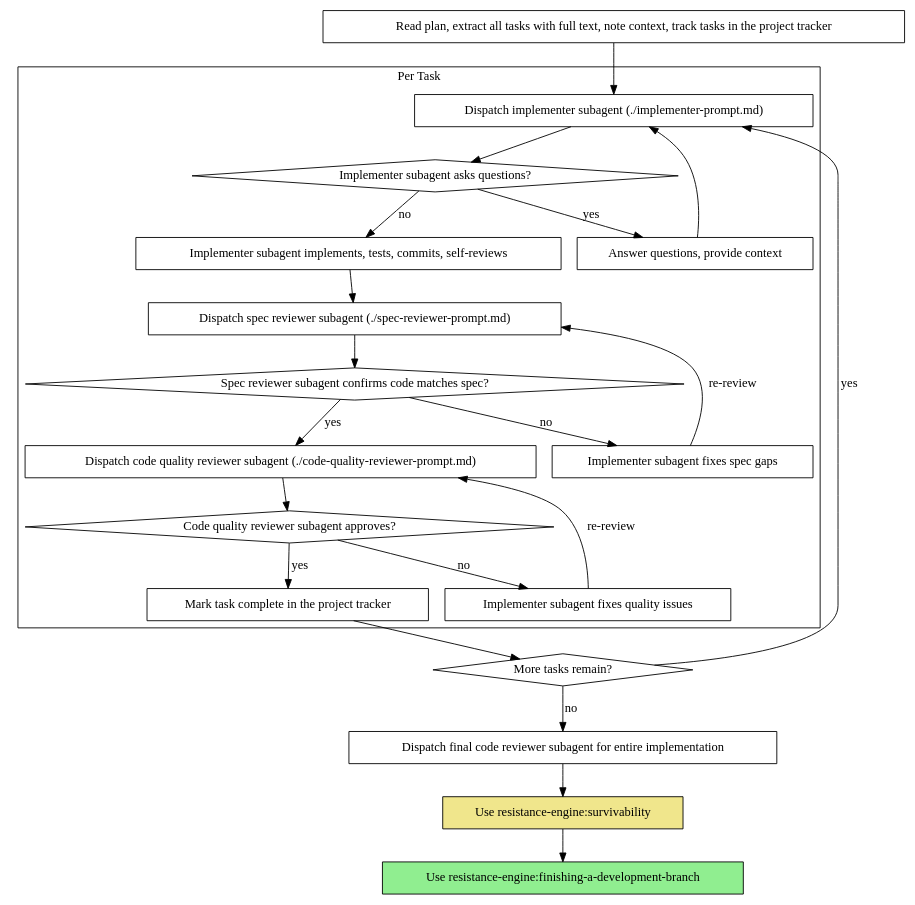
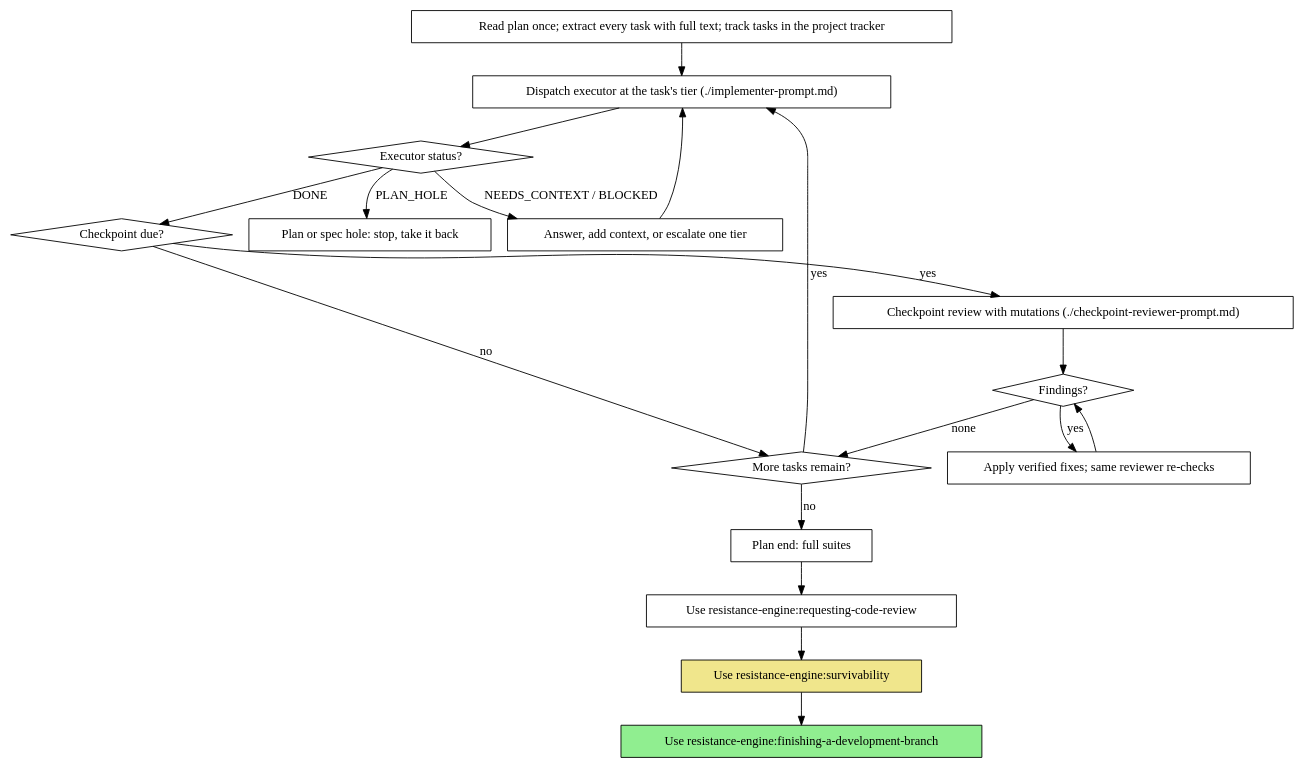
One commit to Itzalive/resistance-ai changed the second of 2 diagrams in skills/subagent-driven-development/SKILL.md. Above: the diagram before and after it, drawn with Graphviz. The commit also changed other lines of this file and 8 other files, not shown here.

````diff
--- a/skills/subagent-driven-development/SKILL.md
+++ b/skills/subagent-driven-development/SKILL.md
@@ -42,46 +54,38 @@
 ```dot
 digraph process {
     rankdir=TB;
 
-    subgraph cluster_per_task {
-        label="Per Task";
-        "Dispatch implementer subagent (./implementer-prompt.md)" [shape=box];
-        "Implementer subagent asks questions?" [shape=diamond];
-        "Answer questions, provide context" [shape=box];
-        "Implementer subagent implements, tests, commits, self-reviews" [shape=box];
-        "Dispatch spec reviewer subagent (./spec-reviewer-prompt.md)" [shape=box];
-        "Spec reviewer subagent confirms code matches spec?" [shape=diamond];
-        "Implementer subagent fixes spec gaps" [shape=box];
-        "Dispatch code quality reviewer subagent (./code-quality-reviewer-prompt.md)" [shape=box];
-        "Code quality reviewer subagent approves?" [shape=diamond];
-        "Implementer subagent fixes quality issues" [shape=box];
-        "Mark task complete in the project tracker" [shape=box];
-    }
-
-    "Read plan, extract all tasks with full text, note context, track tasks in the project tracker" [shape=box];
+    "Read plan once; extract every task with full text; track tasks in the project tracker" [shape=box];
+    "Dispatch executor at the task's tier (./implementer-prompt.md)" [shape=box];
+    "Executor status?" [shape=diamond];
+    "Answer, add context, or escalate one tier" [shape=box];
+    "Plan or spec hole: stop, take it back" [shape=box];
+    "Checkpoint due?" [shape=diamond];
+    "Checkpoint review with mutations (./checkpoint-reviewer-prompt.md)" [shape=box];
+    "Findings?" [shape=diamond];
+    "Apply verified fixes; same reviewer re-checks" [shape=box];
     "More tasks remain?" [shape=diamond];
-    "Dispatch final code reviewer subagent for entire implementation" [shape=box];
+    "Plan end: full suites" [shape=box];
+    "Use resistance-engine:requesting-code-review" [shape=box];
     "Use resistance-engine:survivability" [shape=box style=filled fillcolor=khaki];
     "Use resistance-engine:finishing-a-development-branch" [shape=box style=filled fillcolor=lightgreen];
 
-    "Read plan, extract all tasks with full text, note context, track tasks in the project tracker" -> "Dispatch implementer subagent (./implementer-prompt.md)";
-    "Dispatch implementer subagent (./implementer-prompt.md)" -> "Implementer subagent asks questions?";
-    "Implementer subagent asks questions?" -> "Answer questions, provide context" [label="yes"];
-    "Answer questions, provide context" -> "Dispatch implementer subagent (./implementer-prompt.md)";
-    "Implementer subagent asks questions?" -> "Implementer subagent implements, tests, commits, self-reviews" [label="no"];
-    "Implementer subagent implements, tests, commits, self-reviews" -> "Dispatch spec reviewer subagent (./spec-reviewer-prompt.md)";
-    "Dispatch spec reviewer subagent (./spec-reviewer-prompt.md)" -> "Spec reviewer subagent confirms code matches spec?";
-    "Spec reviewer subagent confirms code matches spec?" -> "Implementer subagent fixes spec gaps" [label="no"];
-    "Implementer subagent fixes spec gaps" -> "Dispatch spec reviewer subagent (./spec-reviewer-prompt.md)" [label="re-review"];
-    "Spec reviewer subagent confirms code matches spec?" -> "Dispatch code quality reviewer subagent (./code-quality-reviewer-prompt.md)" [label="yes"];
-    "Dispatch code quality reviewer subagent (./code-quality-reviewer-prompt.md)" -> "Code quality reviewer subagent approves?";
-    "Code quality reviewer subagent approves?" -> "Implementer subagent fixes quality issues" [label="no"];
-    "Implementer subagent fixes quality issues" -> "Dispatch code quality reviewer subagent (./code-quality-reviewer-prompt.md)" [label="re-review"];
-    "Code quality reviewer subagent approves?" -> "Mark task complete in the project tracker" [label="yes"];
-    "Mark task complete in the project tracker" -> "More tasks remain?";
-    "More tasks remain?" -> "Dispatch implementer subagent (./implementer-prompt.md)" [label="yes"];
-    "More tasks remain?" -> "Dispatch final code reviewer subagent for entire implementation" [label="no"];
-    "Dispatch final code reviewer subagent for entire implementation" -> "Use resistance-engine:survivability";
+    "Read plan once; extract every task with full text; track tasks in the project tracker" -> "Dispatch executor at the task's tier (./implementer-prompt.md)";
+    "Dispatch executor at the task's tier (./implementer-prompt.md)" -> "Executor status?";
+    "Executor status?" -> "Answer, add context, or escalate one tier" [label="NEEDS_CONTEXT / BLOCKED"];
+    "Answer, add context, or escalate one tier" -> "Dispatch executor at the task's tier (./implementer-prompt.md)";
+    "Executor status?" -> "Plan or spec hole: stop, take it back" [label="PLAN_HOLE"];
+    "Executor status?" -> "Checkpoint due?" [label="DONE"];
+    "Checkpoint due?" -> "Checkpoint review with mutations (./checkpoint-reviewer-prompt.md)" [label="yes"];
+    "Checkpoint due?" -> "More tasks remain?" [label="no"];
+    "Checkpoint review with mutations (./checkpoint-reviewer-prompt.md)" -> "Findings?";
+    "Findings?" -> "Apply verified fixes; same reviewer re-checks" [label="yes"];
+    "Apply verified fixes; same reviewer re-checks" -> "Findings?";
+    "Findings?" -> "More tasks remain?" [label="none"];
+    "More tasks remain?" -> "Dispatch executor at the task's tier (./implementer-prompt.md)" [label="yes"];
+    "More tasks remain?" -> "Plan end: full suites" [label="no"];
+    "Plan end: full suites" -> "Use resistance-engine:requesting-code-review";
+    "Use resistance-engine:requesting-code-review" -> "Use resistance-engine:survivability";
     "Use resistance-engine:survivability" -> "Use resistance-engine:finishing-a-development-branch";
 }
 ```
````
